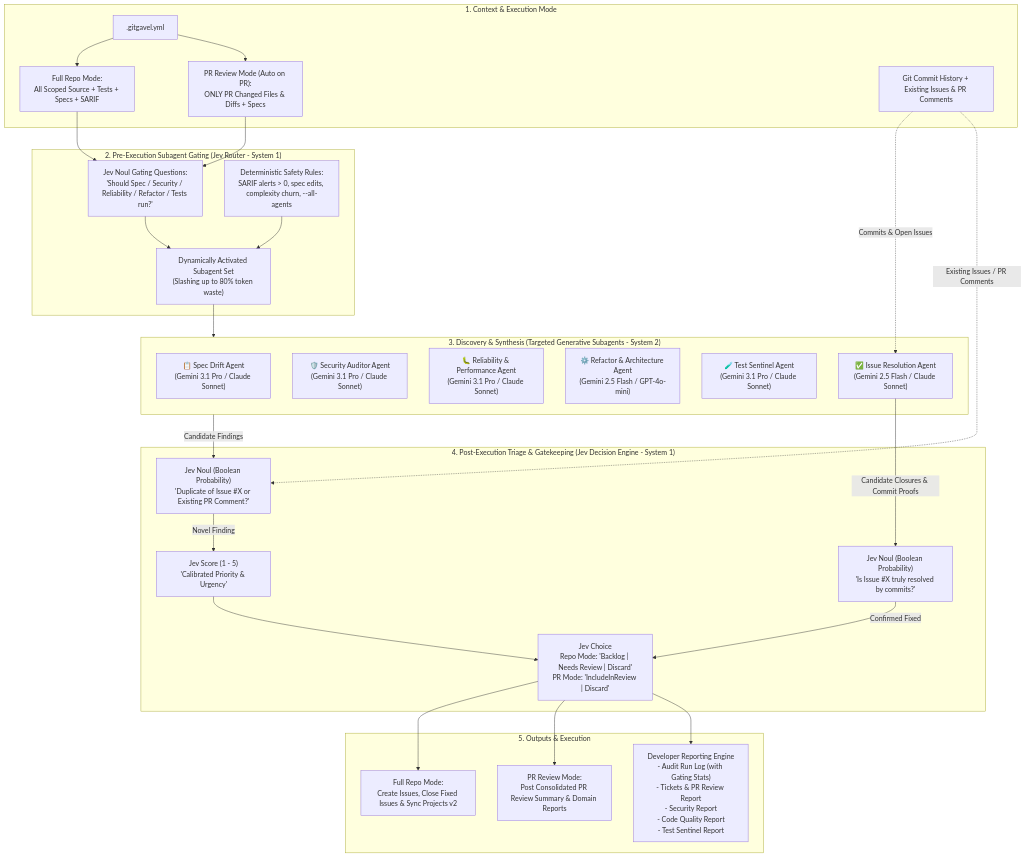
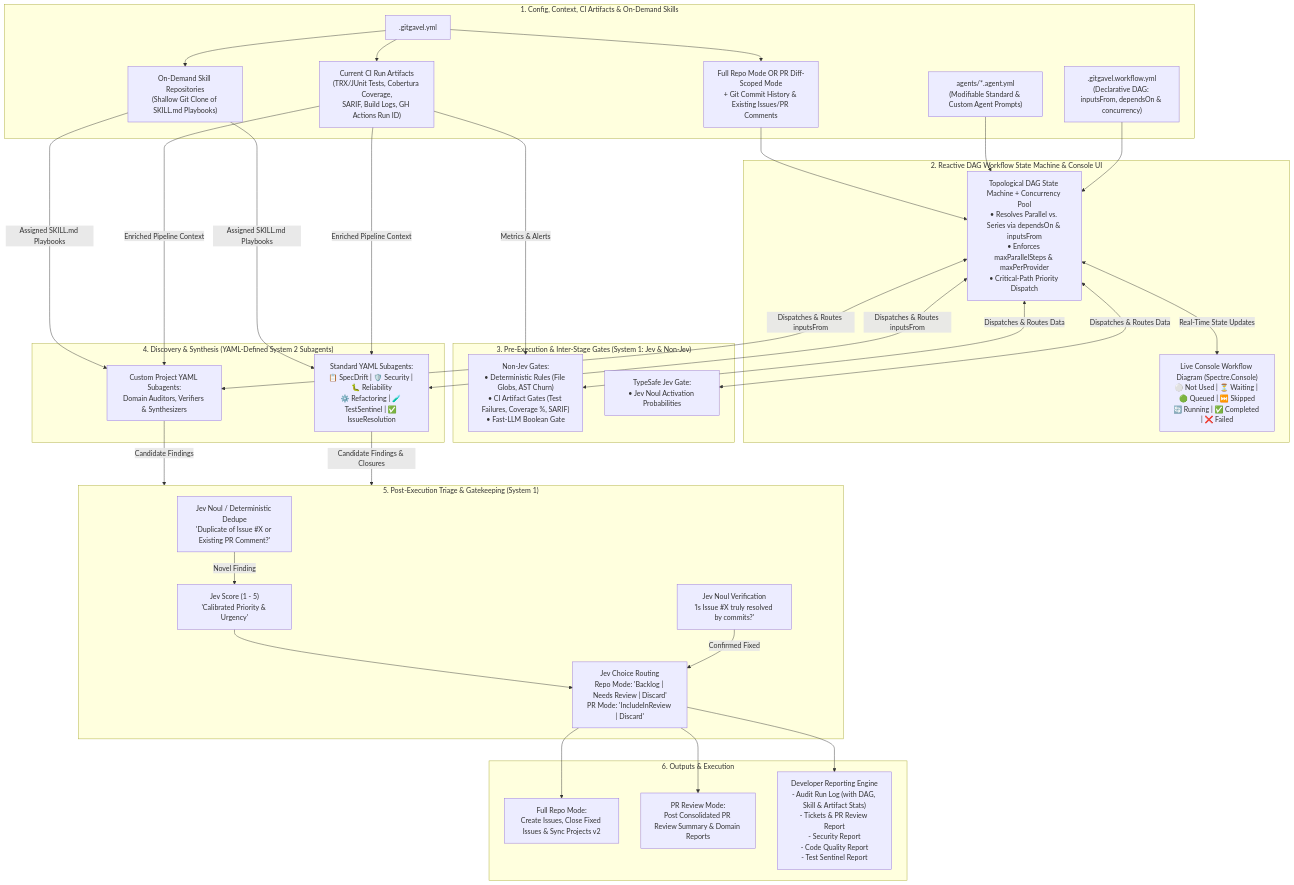
Before and after one commit to tyronebramwell/GitGavel: the first of 2 diagrams in SPECIFICATION.md, drawn with Mermaid. The commit also changed other lines of this file and 30 other files, not shown here.

Commit message:
feat: add reactive workflow DAG, YAML agents, non-Jev gates, skills, and pipeline artifacts

````diff
--- a/SPECIFICATION.md
+++ b/SPECIFICATION.md
@@ -40,58 +48,67 @@
 ```mermaid
 flowchart TD
-    subgraph Host ["1. Context & Execution Mode"]
+    subgraph Host ["1. Config, Context, CI Artifacts & On-Demand Skills"]
         Config[".gitgavel.yml"]
-        FullMode["Full Repo Mode:\nAll Scoped Source + Tests + Specs + SARIF"]
-        PRMode["PR Review Mode (Auto on PR):\nONLY PR Changed Files & Diffs + Specs"]
-        GitHistory["Git Commit History + Existing Issues & PR Comments"]
+        WorkflowYml[".gitgavel.workflow.yml\n(Declarative DAG: inputsFrom, dependsOn & concurrency)"]
+        AgentYmls["agents/*.agent.yml\n(Modifiable Standard & Custom Agent Prompts)"]
+        CIArtifacts["Current CI Run Artifacts\n(TRX/JUnit Tests, Cobertura Coverage,\nSARIF, Build Logs, GH Actions Run ID)"]
+        SkillRepos["On-Demand Skill Repositories\n(Shallow Git Clone of SKILL.md Playbooks)"]
+        FullOrPR["Full Repo Mode OR PR Diff-Scoped Mode\n+ Git Commit History & Existing Issues/PR Comments"]
     end
 
-    subgraph PreTriage ["2. Pre-Execution Subagent Gating (Jev Router - System 1)"]
-        JevGate["Jev Noul Gating Questions:\n'Should Spec / Security / Reliability / Refactor / Tests run?'"]
-        SafetyOverrides["Deterministic Safety Rules:\nSARIF alerts > 0, spec edits, complexity churn, --all-agents"]
-        ActiveAgents["Dynamically Activated Subagent Set\n(Slashing up to 80% token waste)"]
-        JevGate --> ActiveAgents
-        SafetyOverrides --> ActiveAgents
+    subgraph StateMachine ["2. Reactive DAG Workflow State Machine & Console UI"]
+        Scheduler["Topological DAG State Machine + Concurrency Pool\n• Resolves Parallel vs. Series via dependsOn & inputsFrom\n• Enforces maxParallelSteps & maxPerProvider\n• Critical-Path Priority Dispatch"]
+        LiveConsole["Live Console Workflow Diagram (Spectre.Console)\n⚪ Not Used | ⏳ Waiting | 🟢 Queued | ⏭️ Skipped\n🔄 Running | ✅ Completed | ❌ Failed"]
+        Scheduler <-->|"Real-Time State Updates"| LiveConsole
     end
 
-    subgraph System2 ["3. Discovery & Synthesis (Targeted Generative Subagents - System 2)"]
-        SpecAgent["📋 Spec Drift Agent\n(Gemini 3.1 Pro / Claude Sonnet)"]
-        SecAgent["🛡️ Security Auditor Agent\n(Gemini 3.1 Pro / Claude Sonnet)"]
-        RelAgent["🐛 Reliability & Performance Agent\n(Gemini 3.1 Pro / Claude Sonnet)"]
-        RefactorAgent["⚙️ Refactor & Architecture Agent\n(Gemini 2.5 Flash / GPT-4o-mini)"]
-        TestAgent["🧪 Test Sentinel Agent\n(Gemini 3.1 Pro / Claude Sonnet)"]
-        ResolutionAgent["✅ Issue Resolution Agent\n(Gemini 2.5 Flash / Claude Sonnet)"]
+    subgraph Gates ["3. Pre-Execution & Inter-Stage Gates (System 1: Jev & Non-Jev)"]
+        NonJevGate["Non-Jev Gates:\n• Deterministic Rules (File Globs, AST Churn)\n• CI Artifact Gates (Test Failures, Coverage %, SARIF)\n• Fast-LLM Boolean Gate"]
+        JevGate["TypeSafe Jev Gate:\n• Jev Noul Activation Probabilities"]
     end
 
-    subgraph PostTriage ["4. Post-Execution Triage & Gatekeeping (Jev Decision Engine - System 1)"]
-        JevDedupe["Jev Noul (Boolean Probability)\n'Duplicate of Issue #X or Existing PR Comment?'"]
-        JevVerifyFix["Jev Noul (Boolean Probability)\n'Is Issue #X truly resolved by commits?'"]
+    subgraph System2 ["4. Discovery & Synthesis (YAML-Defined System 2 Subagents)"]
+        StdAgents["Standard YAML Subagents:\n📋 SpecDrift | 🛡️ Security | 🐛 Reliability\n⚙️ Refactoring | 🧪 TestSentinel | ✅ IssueResolution"]
+        CustomAgents["Custom Project YAML Subagents:\nDomain Auditors, Verifiers & Synthesizers"]
+    end
+
+    subgraph PostTriage ["5. Post-Execution Triage & Gatekeeping (System 1)"]
+        JevDedupe["Jev Noul / Deterministic Dedupe\n'Duplicate of Issue #X or Existing PR Comment?'"]
+        JevVerifyFix["Jev Noul Verification\n'Is Issue #X truly resolved by commits?'"]
         JevScore["Jev Score (1 - 5)\n'Calibrated Priority & Urgency'"]
-        JevRoute["Jev Choice\nRepo Mode: 'Backlog | Needs Review | Discard'\nPR Mode: 'IncludeInReview | Discard'"]
+        JevRoute["Jev Choice Routing\nRepo Mode: 'Backlog | Needs Review | Discard'\nPR Mode: 'IncludeInReview | Discard'"]
         
         JevDedupe -->|Novel Finding| JevScore
         JevVerifyFix -->|Confirmed Fixed| JevRoute
         JevScore --> JevRoute
     end
 
-    subgraph Targets ["5. Outputs & Execution"]
+    subgraph Targets ["6. Outputs & Execution"]
         GH_Projects["Full Repo Mode:\nCreate Issues, Close Fixed Issues & Sync Projects v2"]
         GH_PR["PR Review Mode:\nPost Consolidated PR Review Summary & Domain Reports"]
-        ReportsEngine["Developer Reporting Engine\n- Audit Run Log (with Gating Stats)\n- Tickets & PR Review Report\n- Security Report\n- Code Quality Report\n- Test Sentinel Report"]
+        ReportsEngine["Developer Reporting Engine\n- Audit Run Log (with DAG, Skill & Artifact Stats)\n- Tickets & PR Review Report\n- Security Report\n- Code Quality Report\n- Test Sentinel Report"]
     end
 
-    Config --> FullMode
-    Config --> PRMode
-    FullMode --> JevGate
-    PRMode --> JevGate
-    ActiveAgents --> System2
-    GitHistory -.->|Commits & Open Issues| ResolutionAgent
-    GitHistory -.->|Existing Issues / PR Comments| JevDedupe
+    Config --> CIArtifacts
+    Config --> SkillRepos
+    Config --> FullOrPR
+    WorkflowYml --> Scheduler
+    AgentYmls --> Scheduler
+    FullOrPR --> Scheduler
+    CIArtifacts -->|"Metrics & Alerts"| NonJevGate
+    CIArtifacts -->|"Enriched Pipeline Context"| StdAgents
+    CIArtifacts -->|"Enriched Pipeline Context"| CustomAgents
+    SkillRepos -->|"Assigned SKILL.md Playbooks"| StdAgents
+    SkillRepos -->|"Assigned SKILL.md Playbooks"| CustomAgents
 
-    System2 -->|Candidate Findings| JevDedupe
-    ResolutionAgent -->|Candidate Closures & Commit Proofs| JevVerifyFix
+    Scheduler <-->|"Dispatches & Routes Data"| NonJevGate
+    Scheduler <-->|"Dispatches & Routes Data"| JevGate
+    Scheduler <-->|"Dispatches & Routes inputsFrom"| StdAgents
+    Scheduler <-->|"Dispatches & Routes inputsFrom"| CustomAgents
 
+    StdAgents -->|Candidate Findings & Closures| PostTriage
+    CustomAgents -->|Candidate Findings| PostTriage
     JevRoute --> GH_Projects
     JevRoute --> GH_PR
     JevRoute --> ReportsEngine
 ```
````
